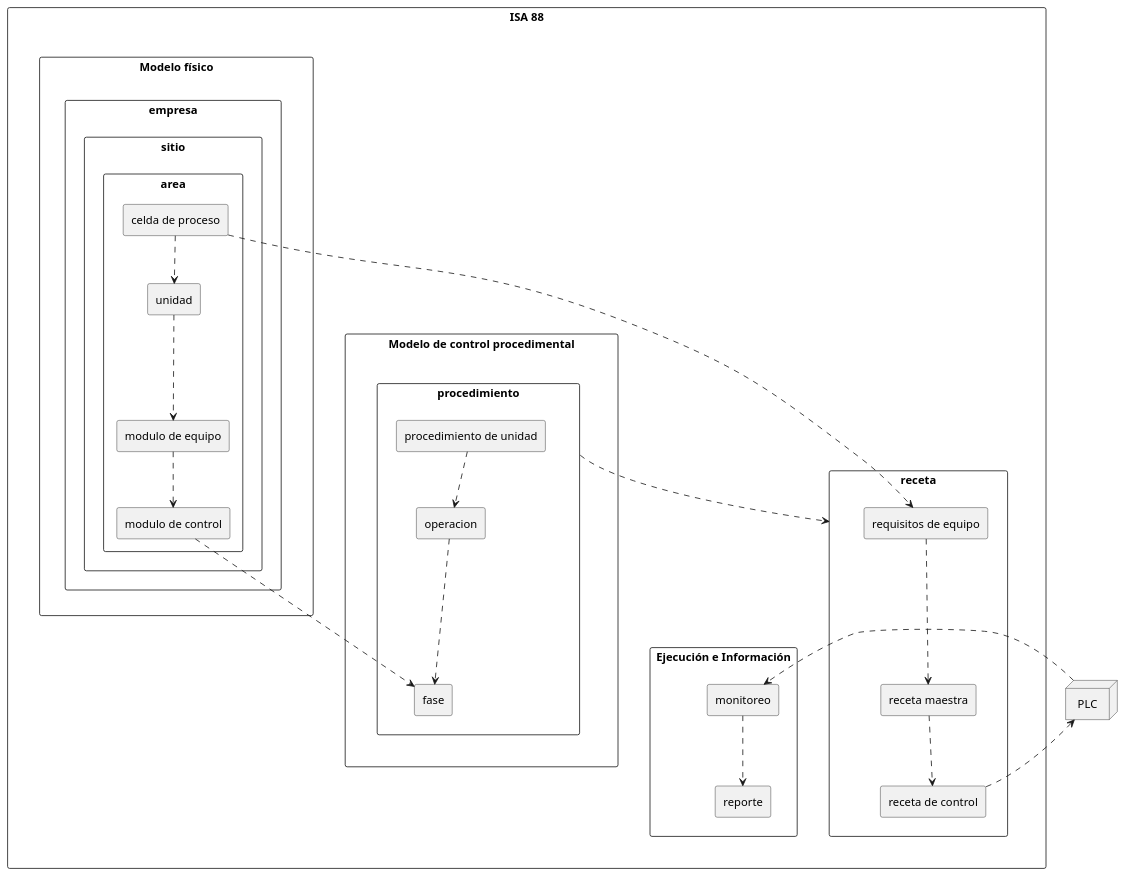
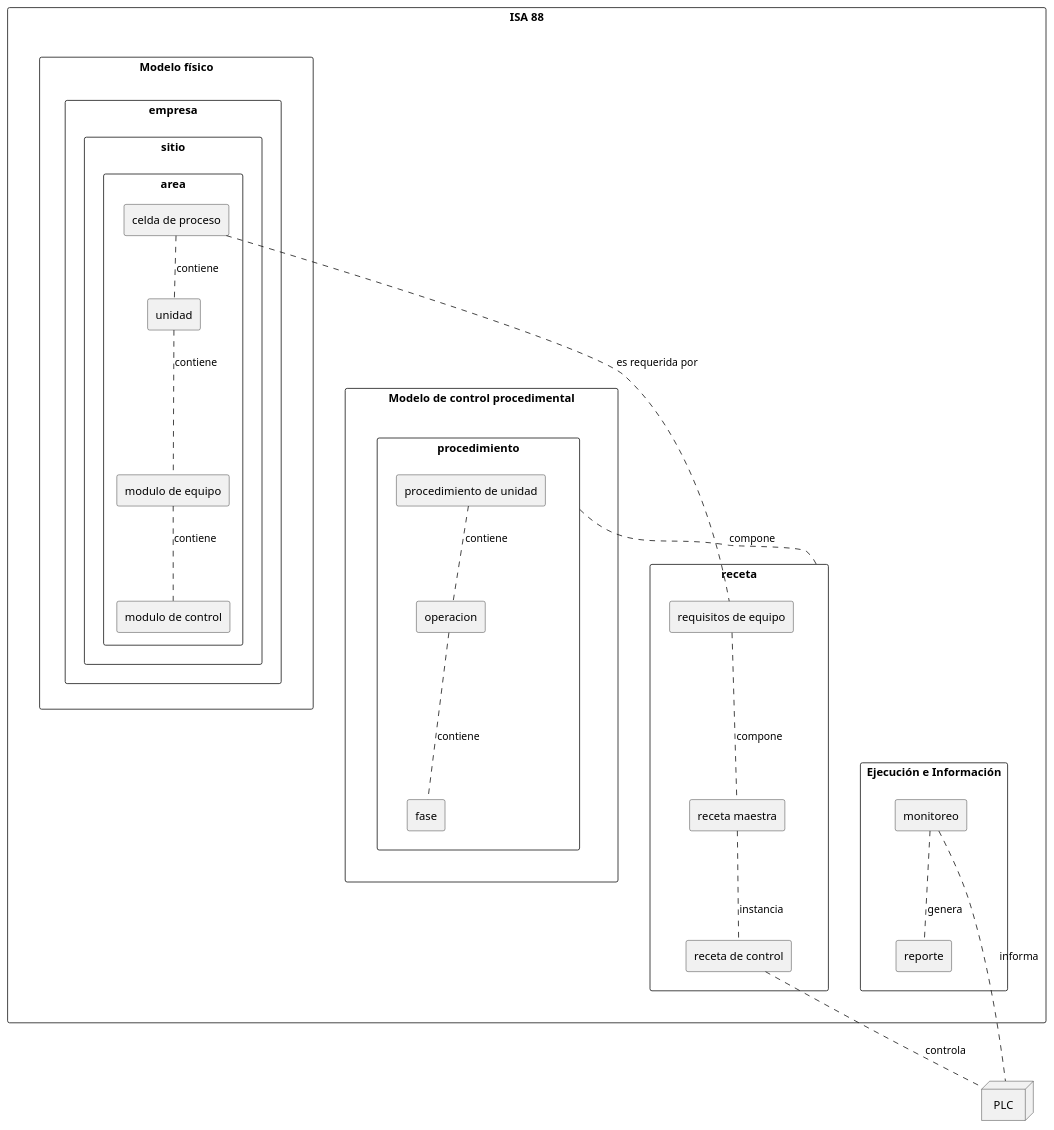
Before and after one commit to Dandrvms/diagramas-y-referencias: the diagram in dominio-isa88.puml, drawn with PlantUML.

Commit message:
Refactor connections in dominio-isa88.puml

```diff
--- a/dominio-isa88.puml
+++ b/dominio-isa88.puml
@@ -1,82 +1,83 @@
 @startuml
 skinparam monochrome true
 skinparam shadowing false
 skinparam packageStyle rectangle
 
 package "ISA 88" as s88 {
 
     package "Modelo físico" as fisico {
         rectangle empresa {
             rectangle sitio {
                 rectangle area {
                     rectangle "celda de proceso" as celda
                     rectangle unidad
                     rectangle "modulo de equipo" as equipo
                     rectangle "modulo de control" as controlm
                 }
             }
         }
     }
 
     package "Modelo de control procedimental" as procedural {
         rectangle procedimiento {
             rectangle "procedimiento de unidad" as UP
             rectangle operacion
             rectangle fase
         }
     }
 
     package receta {
         rectangle "requisitos de equipo" as requipo
         rectangle "receta maestra" as maestra
         rectangle "receta de control" as rcontrol
     }
 
     package "Ejecución e Información" as runtime {
         rectangle monitoreo
         rectangle reporte
     }
 
     ' --- FORZAR EL ORDENAMIENTO INTERNO (Columnas) ---
     fisico -[hidden]right-> procedural
     procedural -[hidden]right-> receta
     receta -[hidden]down-> runtime
 
     ' --- CONEXIONES INTERNAS DE ISA 88 ---
-    celda ..> unidad
-    unidad ..> equipo
-    equipo ..> controlm
+    celda .. unidad : contiene
+    unidad .. equipo : contiene
+    equipo .. controlm : contiene
 
-    UP ..> operacion
-    operacion ..> fase
+    UP .. operacion : contiene
+    operacion .. fase : contiene
 
-    requipo ..> maestra
-    maestra ..> rcontrol
+    requipo .. maestra : compone
+    maestra .. rcontrol : instancia
 
-    monitoreo ..> reporte
+    monitoreo .. reporte : genera
 
     ' Conexiones que cruzan paquetes internos
-    celda ..> requipo
-    controlm ..> fase
+    celda .. requipo : es requerida por
+    controlm .[hidden]. fase
 
     ' >>> NUEVA CONEXIÓN AGREGADA AQUÍ <<<
     ' Conecta el modelo procedural con el de receta horizontalmente
-    procedimiento ..> receta 
+    procedimiento .. receta : compone
     
     ' (Opcional) Conexión directa de Fase a Requisitos de Equipo
     ' fase ..> requipo 
 
 }
 
 ' --- AGENTE EXTERNO ---
 node "PLC" as PLC
 
 ' --- FORZAR QUE EL PLC QUEDE FUERA Y A LA DERECHA ---
-s88 -[hidden]right-> PLC
-runtime -[hidden]right-> PLC
+s88 -[hidden]right- PLC
+
 
 ' --- CONEXIONES HACIA EL AGENTE EXTERNO ---
-rcontrol ..> PLC
-PLC ..> monitoreo
+rcontrol .. PLC : controla
+PLC .up. monitoreo : informa
+
 
 @enduml
```
